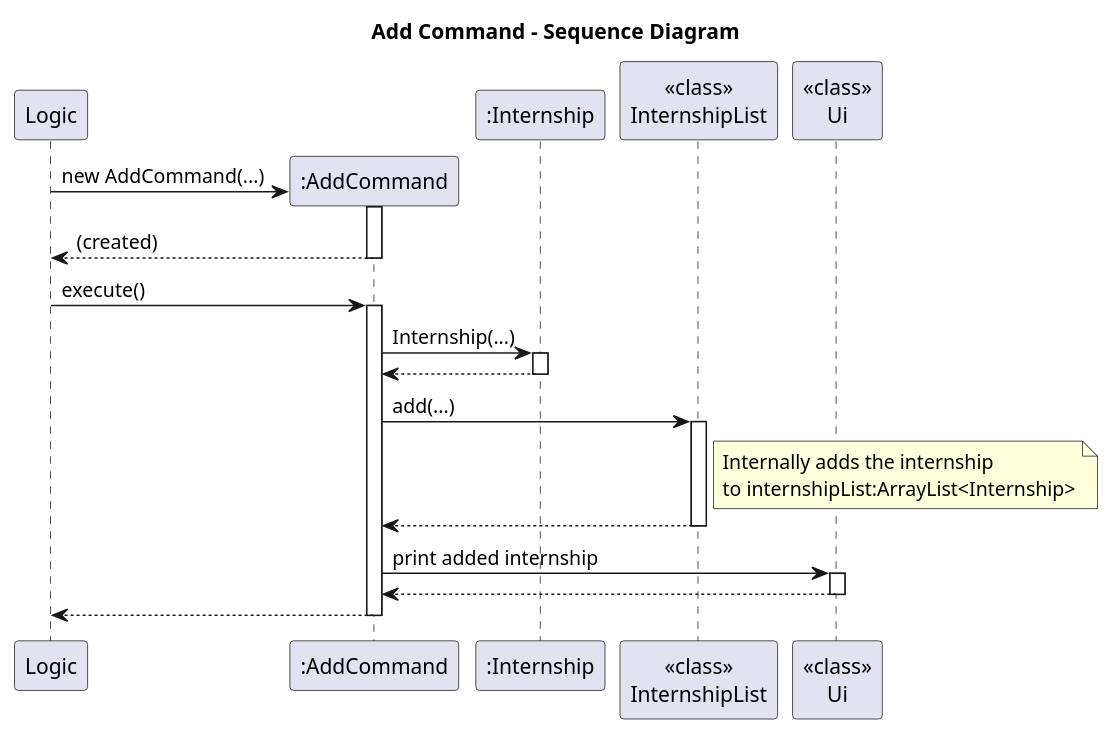
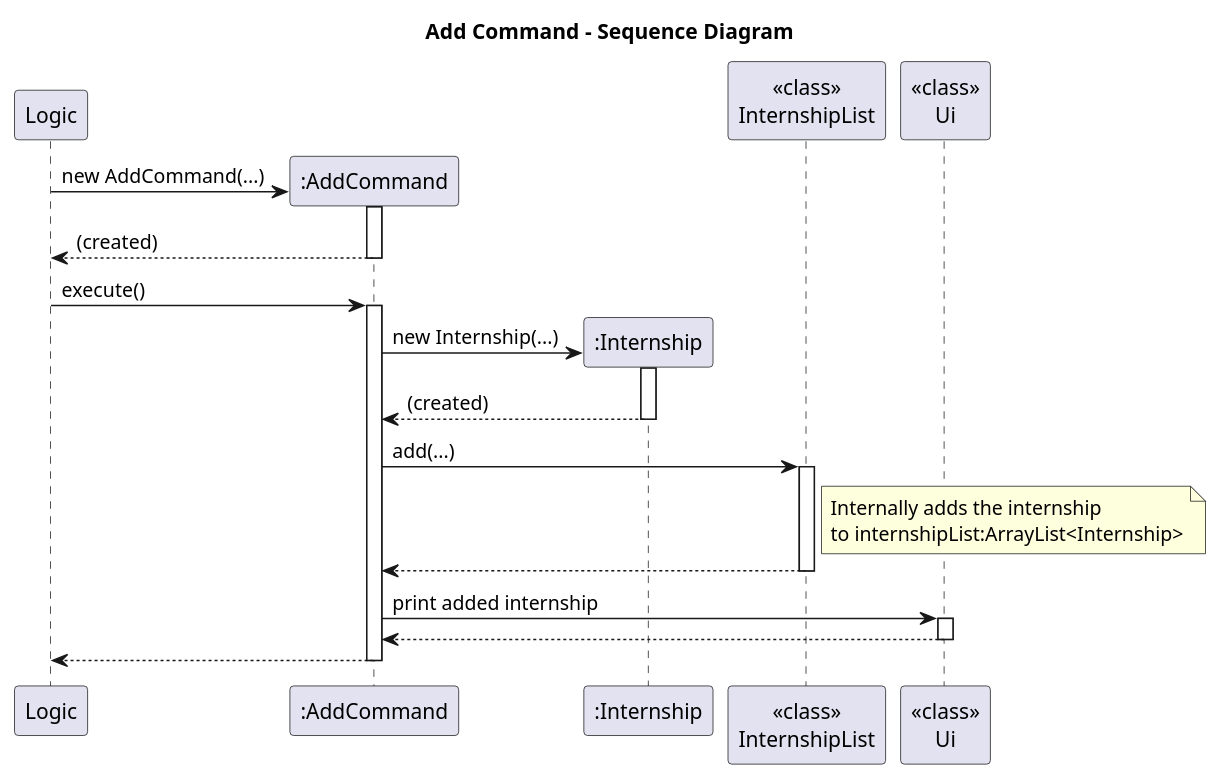
The diagram in docs/diagrams/AddCommandSD.puml (BenyAlbatross/tp), drawn with PlantUML before and after one commit.

```diff
--- a/docs/diagrams/AddCommandSD.puml
+++ b/docs/diagrams/AddCommandSD.puml
@@ -1,34 +1,34 @@
 @startuml
 title Add Command - Sequence Diagram
 participant Logic
 create ":AddCommand" as AC
 participant ":Internship" as IN
 participant "<<class>>\nInternshipList" as IL
 participant "<<class>>\nUi" as Ui
 
 Logic-> AC**: new AddCommand(...)
 activate AC
 return (created)
 
 Logic-> AC: execute()
 activate AC
 
-AC -> IN: Internship(...)
+AC -> IN**: new Internship(...)
 activate IN
-IN --> AC
+return (created)
 deactivate IN
 
 AC -> IL: add(...)
 activate IL
 note right of IL: Internally adds the internship\nto internshipList:ArrayList<Internship>
 IL --> AC
 deactivate IL
 
 AC -> Ui: print added internship
 activate Ui
 Ui --> AC
 deactivate Ui
 
 AC -->Logic
 deactivate AC
 @enduml
```
